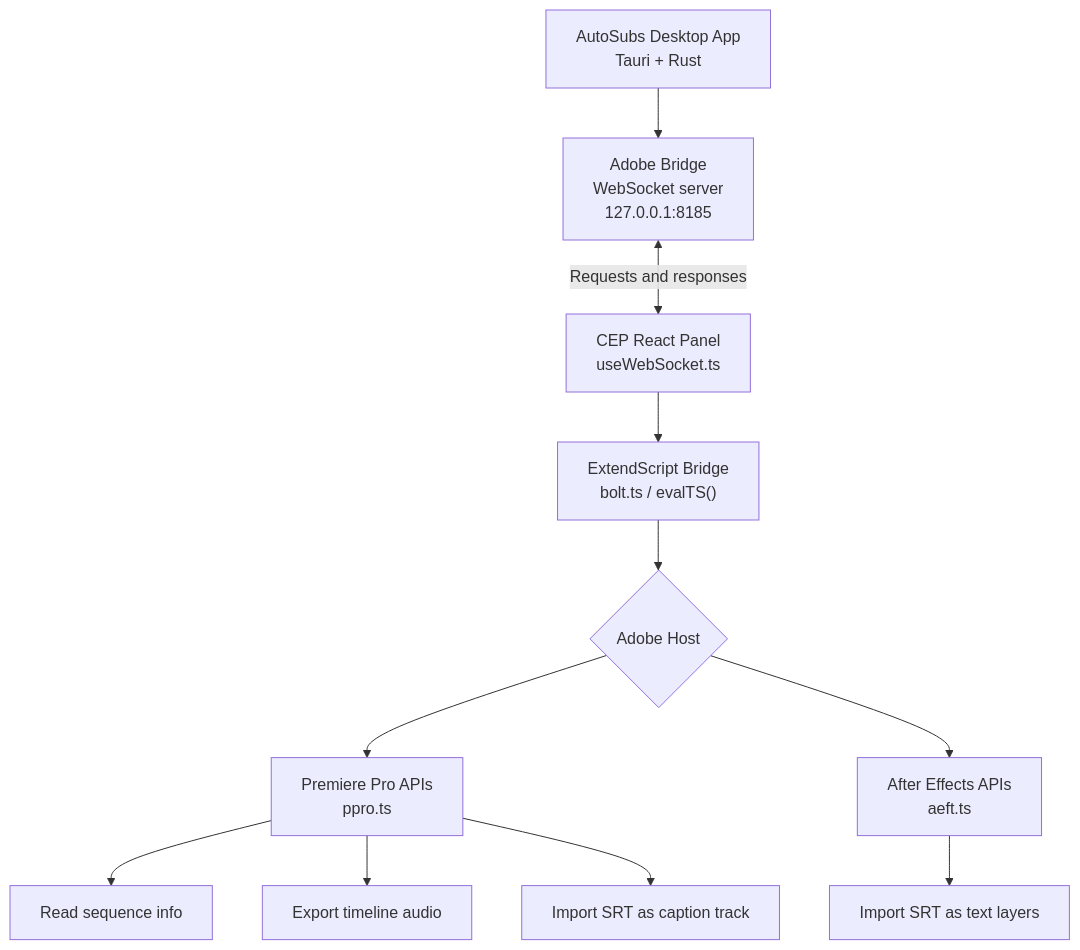
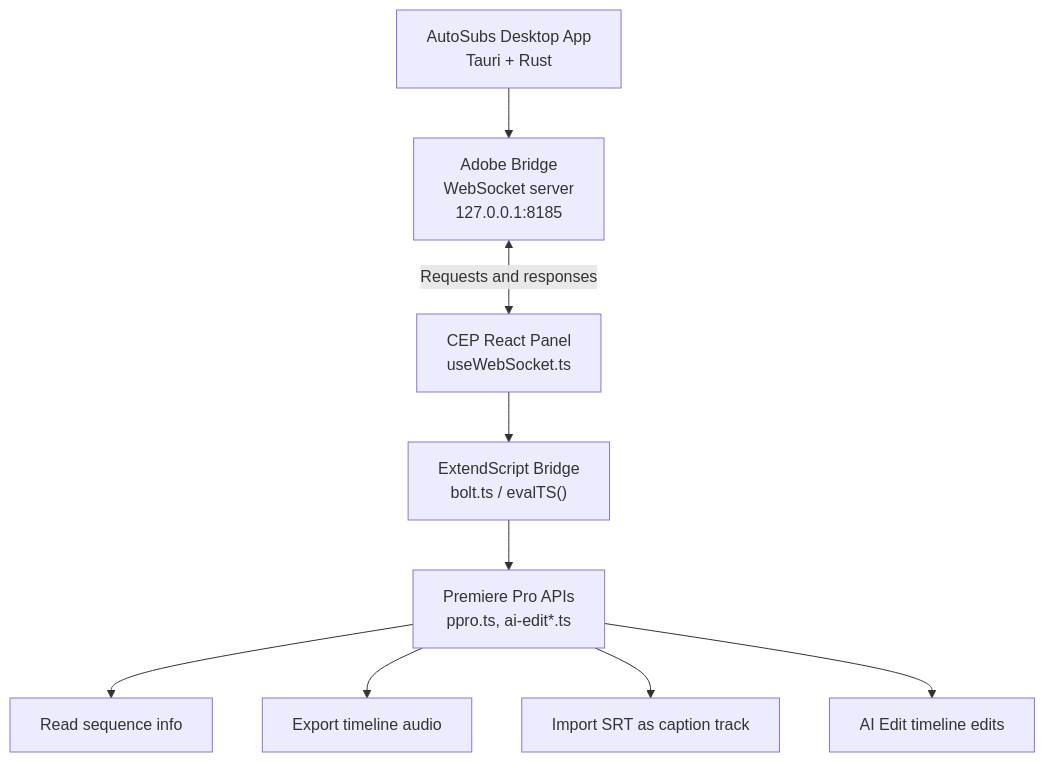
The diagram in Adobe-Extension/README.md (log-ddl/ddl_autosub), drawn with Mermaid before and after one commit. The commit also changed other lines of this file and 285 other files, not shown here.

First line of the commit message:
Premiere-only: drop Resolve, CapCut, After Effects and Auto Edit

````diff
--- a/Adobe-Extension/README.md
+++ b/Adobe-Extension/README.md
@@ -14,22 +13,18 @@
 ```mermaid
 flowchart TD
     desktop["AutoSubs Desktop App<br/>Tauri + Rust"]
     server["Adobe Bridge<br/>WebSocket server<br/>127.0.0.1:8185"]
     panel["CEP React Panel<br/>useWebSocket.ts"]
     bridge["ExtendScript Bridge<br/>bolt.ts / evalTS()"]
-    host{"Adobe Host"}
-    premiere["Premiere Pro APIs<br/>ppro.ts"]
-    aftereffects["After Effects APIs<br/>aeft.ts"]
+    premiere["Premiere Pro APIs<br/>ppro.ts, ai-edit*.ts"]
 
     desktop --> server
     server <-->|Requests and responses| panel
     panel --> bridge
-    bridge --> host
-    host --> premiere
-    host --> aftereffects
+    bridge --> premiere
 
     premiere --> sequence["Read sequence info"]
     premiere --> export["Export timeline audio"]
     premiere --> import["Import SRT as caption track"]
-    aftereffects --> aeimport["Import SRT as text layers"]
+    premiere --> aiedit["AI Edit timeline edits"]
 ```
````
